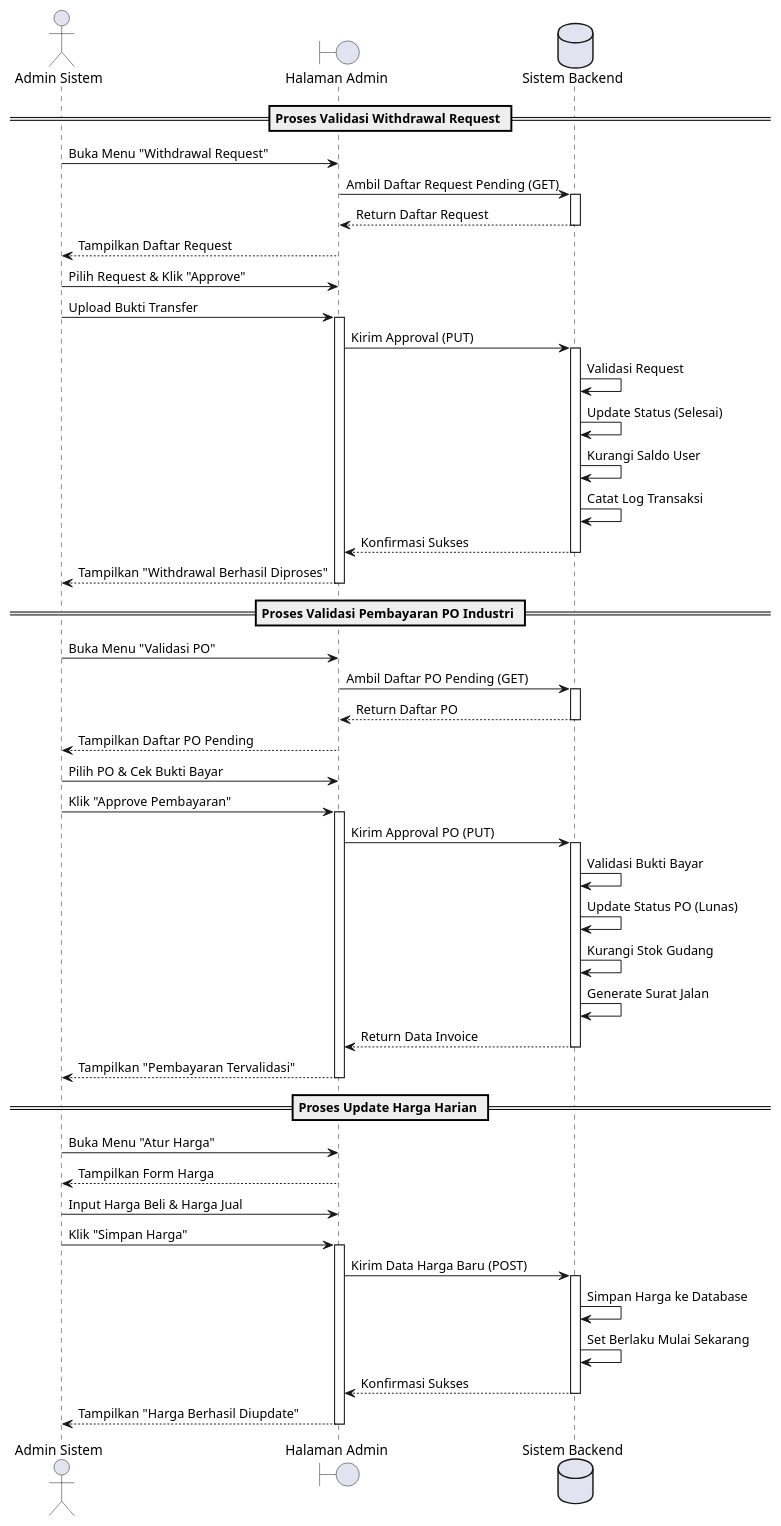
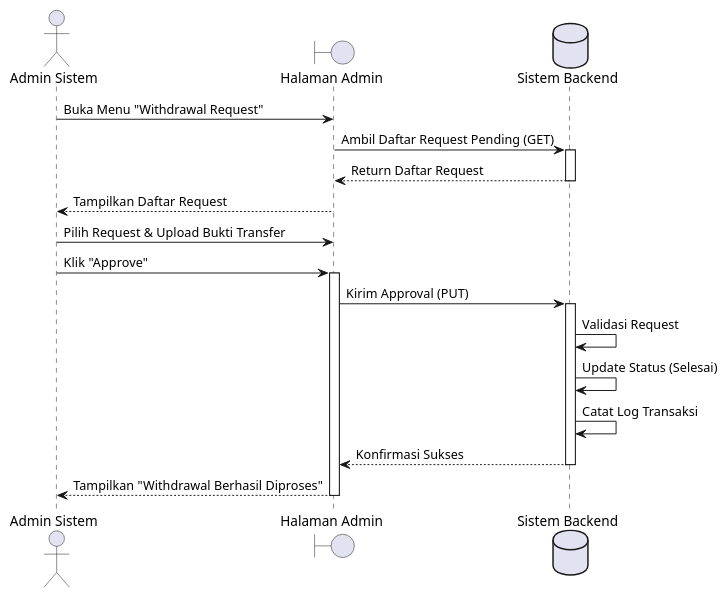
The diagram in docs/diagrams/sequence_diagram_admin.puml (dika1005/ecooil-stack), drawn with PlantUML before and after one commit. The commit also changed 1 other file, not shown here.

Commit message:
docs: Simplify admin sequence diagram by removing payment validation and price update processes, adjusting withdrawal steps, and updating the documentation report.

```diff
--- a/docs/diagrams/sequence_diagram_admin.puml
+++ b/docs/diagrams/sequence_diagram_admin.puml
@@ -1,84 +1,31 @@
 @startuml
 actor "Admin Sistem" as Admin
 boundary "Halaman Admin" as UI
 database "Sistem Backend" as BE
-
-== Proses Validasi Withdrawal Request ==
 
 Admin -> UI : Buka Menu "Withdrawal Request"
 UI -> BE : Ambil Daftar Request Pending (GET)
 activate BE
 BE --> UI : Return Daftar Request
 deactivate BE
 
 UI --> Admin : Tampilkan Daftar Request
 
-Admin -> UI : Pilih Request & Klik "Approve"
-Admin -> UI : Upload Bukti Transfer
+Admin -> UI : Pilih Request & Upload Bukti Transfer
+Admin -> UI : Klik "Approve"
 
 activate UI
     UI -> BE : Kirim Approval (PUT)
     activate BE
     
     ' Proses Backend Lurus (Tanpa Error Handling)
     BE -> BE : Validasi Request
     BE -> BE : Update Status (Selesai)
-    BE -> BE : Kurangi Saldo User
     BE -> BE : Catat Log Transaksi
     
     BE --> UI : Konfirmasi Sukses
     deactivate BE
     
     UI --> Admin : Tampilkan "Withdrawal Berhasil Diproses"
 deactivate UI
-
-== Proses Validasi Pembayaran PO Industri ==
-
-Admin -> UI : Buka Menu "Validasi PO"
-UI -> BE : Ambil Daftar PO Pending (GET)
-activate BE
-BE --> UI : Return Daftar PO
-deactivate BE
-
-UI --> Admin : Tampilkan Daftar PO Pending
-
-Admin -> UI : Pilih PO & Cek Bukti Bayar
-Admin -> UI : Klik "Approve Pembayaran"
-
-activate UI
-    UI -> BE : Kirim Approval PO (PUT)
-    activate BE
-    
-    ' Proses Backend Lurus (Tanpa Error Handling)
-    BE -> BE : Validasi Bukti Bayar
-    BE -> BE : Update Status PO (Lunas)
-    BE -> BE : Kurangi Stok Gudang
-    BE -> BE : Generate Surat Jalan
-    
-    BE --> UI : Return Data Invoice
-    deactivate BE
-    
-    UI --> Admin : Tampilkan "Pembayaran Tervalidasi"
-deactivate UI
-
-== Proses Update Harga Harian ==
-
-Admin -> UI : Buka Menu "Atur Harga"
-UI --> Admin : Tampilkan Form Harga
-
-Admin -> UI : Input Harga Beli & Harga Jual
-Admin -> UI : Klik "Simpan Harga"
-
-activate UI
-    UI -> BE : Kirim Data Harga Baru (POST)
-    activate BE
-    
-    BE -> BE : Simpan Harga ke Database
-    BE -> BE : Set Berlaku Mulai Sekarang
-    
-    BE --> UI : Konfirmasi Sukses
-    deactivate BE
-    
-    UI --> Admin : Tampilkan "Harga Berhasil Diupdate"
-deactivate UI
 @enduml
```
